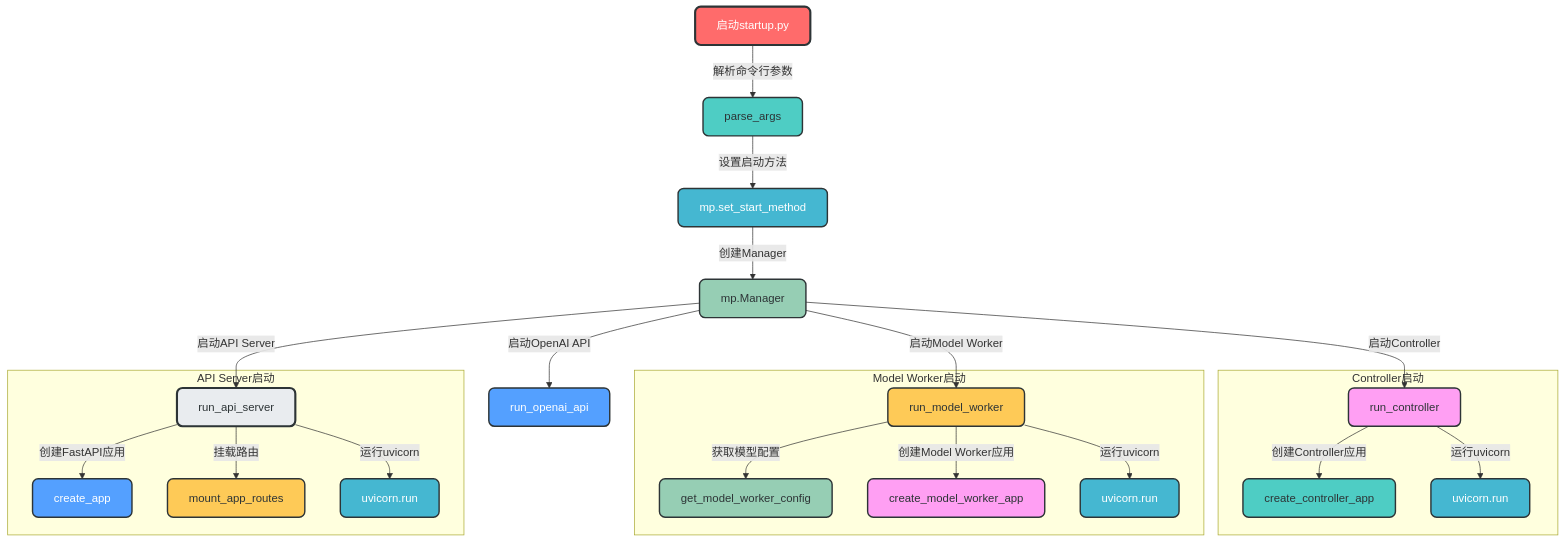
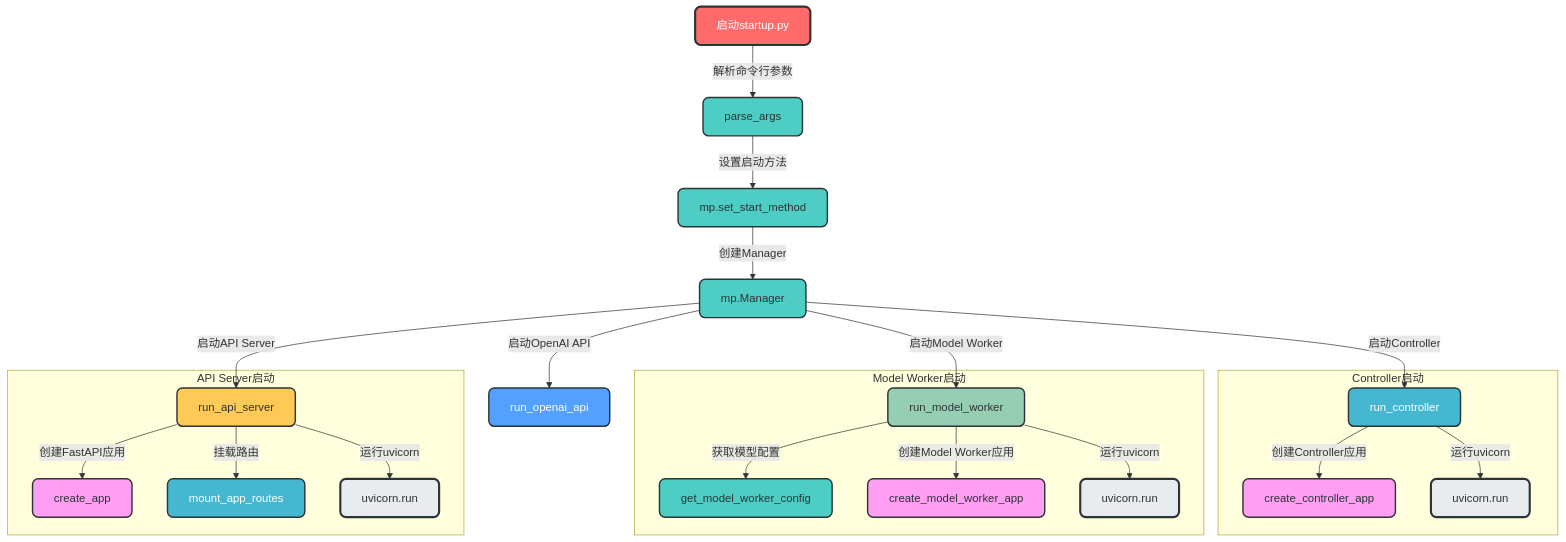
Before and after one commit to amuqiao/fufan-chat-api-example: the fourth of 7 diagrams in Fufan Chat API 项目架构分析.md, drawn with Mermaid. The commit also changed other lines of this file and 1 other file, not shown here.

````diff
--- a/Fufan Chat API 项目架构分析.md
+++ b/Fufan Chat API 项目架构分析.md
@@ -151,42 +155,38 @@
 ```mermaid
 flowchart TD
-    A[启动startup.py]:::startup -->|解析命令行参数| B[parse_args]:::parseArgs
-    B -->|设置启动方法| C[mp.set_start_method]:::setStartMethod
-    C -->|创建Manager| D[mp.Manager]:::createManager
-    D -->|启动Controller| E[run_controller]:::runController
-    D -->|启动OpenAI API| F[run_openai_api]:::runOpenaiApi
-    D -->|启动Model Worker| G[run_model_worker]:::runModelWorker
-    D -->|启动API Server| H[run_api_server]:::runApiServer
+    A["启动startup.py"]:::start -->|解析命令行参数| B["parse_args"]:::init
+    B -->|设置启动方法| C["mp.set_start_method"]:::init
+    C -->|创建Manager| D["mp.Manager"]:::init
+    D -->|启动Controller| E["run_controller"]:::start_controller
+    D -->|启动OpenAI API| F["run_openai_api"]:::start_openai
+    D -->|启动Model Worker| G["run_model_worker"]:::start_worker
+    D -->|启动API Server| H["run_api_server"]:::start_api
     
     subgraph "Controller启动"
-    E -->|创建Controller应用| E1[create_controller_app]:::createControllerApp
-    E -->|运行uvicorn| E2[uvicorn.run]:::runUvicorn
+    E -->|创建Controller应用| E1["create_controller_app"]:::create_app
+    E -->|运行uvicorn| E2["uvicorn.run"]:::run_uvicorn
     end
     
     subgraph "Model Worker启动"
-    G -->|获取模型配置| G1[get_model_worker_config]:::getModelConfig
-    G -->|创建Model Worker应用| G2[create_model_worker_app]:::createModelWorkerApp
-    G -->|运行uvicorn| G3[uvicorn.run]:::runUvicorn
+    G -->|获取模型配置| G1["get_model_worker_config"]:::get_config
+    G -->|创建Model Worker应用| G2["create_model_worker_app"]:::create_app
+    G -->|运行uvicorn| G3["uvicorn.run"]:::run_uvicorn
     end
     
     subgraph "API Server启动"
-    H -->|创建FastAPI应用| H1[create_app]:::createFastapiApp
-    H -->|挂载路由| H2[mount_app_routes]:::mountRoutes
-    H -->|运行uvicorn| H3[uvicorn.run]:::runUvicorn
+    H -->|创建FastAPI应用| H1["create_app"]:::create_app
+    H -->|挂载路由| H2["mount_app_routes"]:::mount_routes
+    H -->|运行uvicorn| H3["uvicorn.run"]:::run_uvicorn
     end
     
-    classDef startup fill:#FF6B6B,stroke:#2D3436,stroke-width:3px,color:white,rx:8,ry:8;
-    classDef parseArgs fill:#4ECDC4,stroke:#2D3436,stroke-width:2px,color:#2D3436,rx:8,ry:8;
-    classDef setStartMethod fill:#45B7D1,stroke:#2D3436,stroke-width:2px,color:white,rx:8,ry:8;
-    classDef createManager fill:#96CEB4,stroke:#2D3436,stroke-width:2px,color:#2D3436,rx:8,ry:8;
-    classDef runController fill:#FF9FF3,stroke:#2D3436,stroke-width:2px,color:#2D3436,rx:8,ry:8;
-    classDef runOpenaiApi fill:#54A0FF,stroke:#2D3436,stroke-width:2px,color:white,rx:8,ry:8;
-    classDef runModelWorker fill:#FECA57,stroke:#2D3436,stroke-width:2px,color:#2D3436,rx:8,ry:8;
-    classDef runApiServer fill:#E9ECEF,stroke:#2D3436,stroke-width:3px,color:#2D3436,rx:8,ry:8;
-    classDef createControllerApp fill:#4ECDC4,stroke:#2D3436,stroke-width:2px,color:#2D3436,rx:8,ry:8;
-    classDef runUvicorn fill:#45B7D1,stroke:#2D3436,stroke-width:2px,color:white,rx:8,ry:8;
-    classDef getModelConfig fill:#96CEB4,stroke:#2D3436,stroke-width:2px,color:#2D3436,rx:8,ry:8;
-    classDef createModelWorkerApp fill:#FF9FF3,stroke:#2D3436,stroke-width:2px,color:#2D3436,rx:8,ry:8;
-    classDef createFastapiApp fill:#54A0FF,stroke:#2D3436,stroke-width:2px,color:white,rx:8,ry:8;
-    classDef mountRoutes fill:#FECA57,stroke:#2D3436,stroke-width:2px,color:#2D3436,rx:8,ry:8;
+    classDef start fill:#FF6B6B,stroke:#2D3436,stroke-width:3px,color:white,rx:8,ry:8;
+    classDef init fill:#4ECDC4,stroke:#2D3436,stroke-width:2px,color:#2D3436,rx:8,ry:8;
+    classDef start_controller fill:#45B7D1,stroke:#2D3436,stroke-width:2px,color:white,rx:8,ry:8;
+    classDef start_openai fill:#54A0FF,stroke:#2D3436,stroke-width:2px,color:white,rx:8,ry:8;
+    classDef start_worker fill:#96CEB4,stroke:#2D3436,stroke-width:2px,color:#2D3436,rx:8,ry:8;
+    classDef start_api fill:#FECA57,stroke:#2D3436,stroke-width:2px,color:#2D3436,rx:8,ry:8;
+    classDef create_app fill:#FF9FF3,stroke:#2D3436,stroke-width:2px,color:#2D3436,rx:8,ry:8;
+    classDef run_uvicorn fill:#E9ECEF,stroke:#2D3436,stroke-width:3px,color:#2D3436,rx:8,ry:8;
+    classDef get_config fill:#4ECDC4,stroke:#2D3436,stroke-width:2px,color:#2D3436,rx:8,ry:8;
+    classDef mount_routes fill:#45B7D1,stroke:#2D3436,stroke-width:2px,color:white,rx:8,ry:8;
 ```
````
